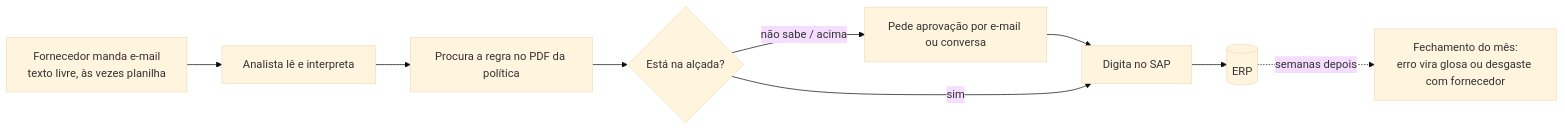
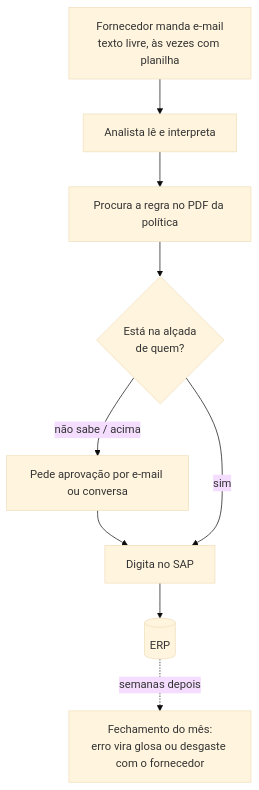
One commit to rt3norio/vitalis-condicoes-comerciais changed the first of 3 diagrams in docs/entrega-pdf.md. Above: the diagram before and after it, drawn with Mermaid (base theme). The commit also changed other lines of this file and 14 other files, not shown here.

First line of the commit message:
docs: PDF de entrega gerado por script (10 secoes + anexos), prints e leituras salvas da Beta e Nutrivida refeitas

````diff
--- a/docs/entrega-pdf.md
+++ b/docs/entrega-pdf.md
@@ -44,11 +61,11 @@
 ```mermaid
-flowchart LR
-  A[Fornecedor manda e-mail<br/>texto livre, às vezes planilha] --> B[Analista lê e interpreta]
-  B --> C[Procura a regra no PDF da política]
-  C --> D{Está na alçada?}
-  D -- não sabe / acima --> E[Pede aprovação por e-mail ou conversa]
-  E --> F
-  D -- sim --> F[Digita no SAP]
-  F --> G[(ERP)]
-  G -. semanas depois .-> H[Fechamento do mês:<br/>erro vira glosa ou desgaste com fornecedor]
+flowchart TB
+  A["Fornecedor manda e-mail<br/>texto livre, às vezes com planilha"] --> B["Analista lê e interpreta"]
+  B --> C["Procura a regra no PDF da política"]
+  C --> D{"Está na alçada<br/>de quem?"}
+  D -- "não sabe / acima" --> E["Pede aprovação por e-mail ou conversa"]
+  E --> F["Digita no SAP"]
+  D -- "sim" --> F
+  F --> G[("ERP")]
+  G -. "semanas depois" .-> H["Fechamento do mês:<br/>erro vira glosa ou desgaste com o fornecedor"]
 ```
````
